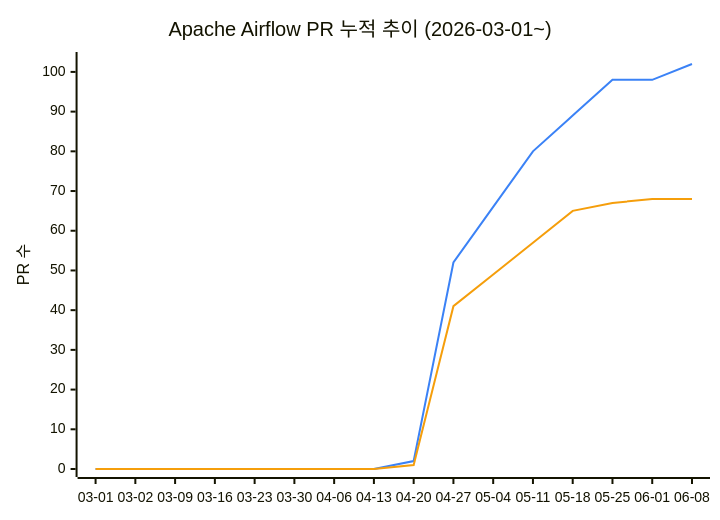
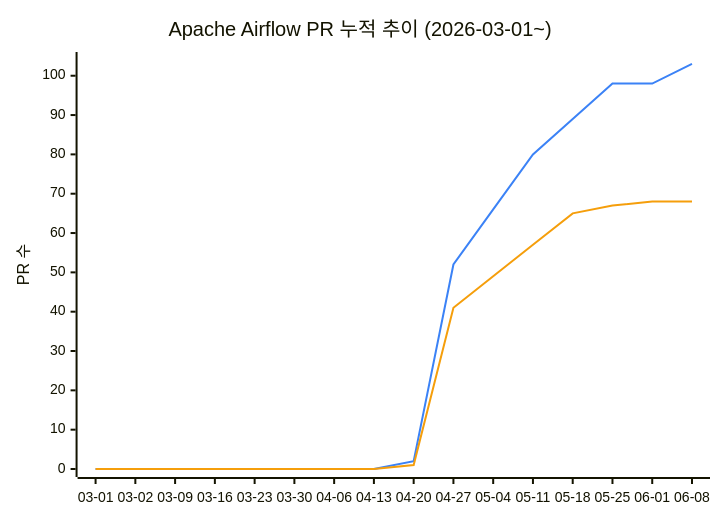
Before and after one commit to AirflowKorea/ossca: the diagram in README.md, drawn with Mermaid. The commit also changed other lines of this file, not shown here.

````diff
--- a/README.md
+++ b/README.md
@@ -11,9 +11,9 @@
 ```mermaid
 %%{init: {"themeVariables": {"xyChart": {"plotColorPalette": "#3b82f6, #f59e0b"}}}}%%
 xychart-beta
     title "Apache Airflow PR 누적 추이 (2026-03-01~)"
     x-axis ["03-01", "03-02", "03-09", "03-16", "03-23", "03-30", "04-06", "04-13", "04-20", "04-27", "05-04", "05-11", "05-18", "05-25", "06-01", "06-08"]
-    y-axis "PR 수" 0 --> 103
-    line [0, 0, 0, 0, 0, 0, 0, 0, 2, 52, 66, 80, 89, 98, 98, 102]
+    y-axis "PR 수" 0 --> 104
+    line [0, 0, 0, 0, 0, 0, 0, 0, 2, 52, 66, 80, 89, 98, 98, 103]
     line [0, 0, 0, 0, 0, 0, 0, 0, 1, 41, 49, 57, 65, 67, 68, 68]
 ```
````
